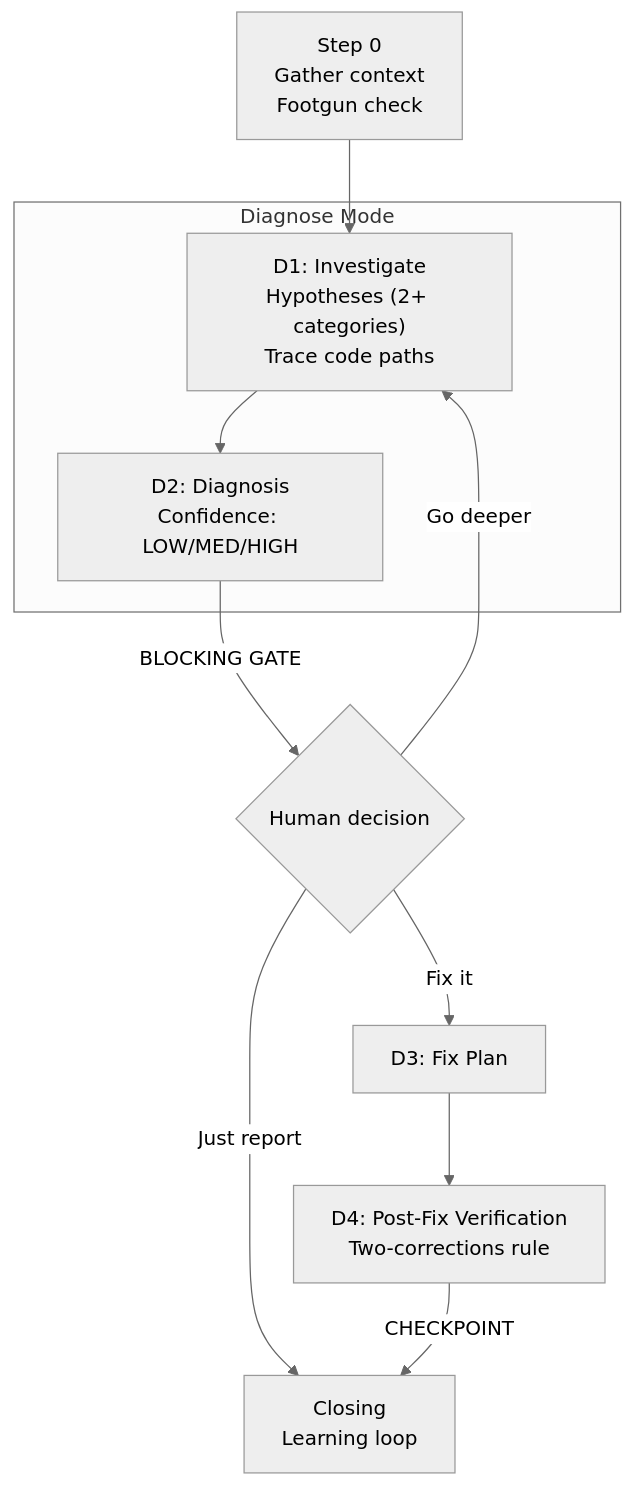
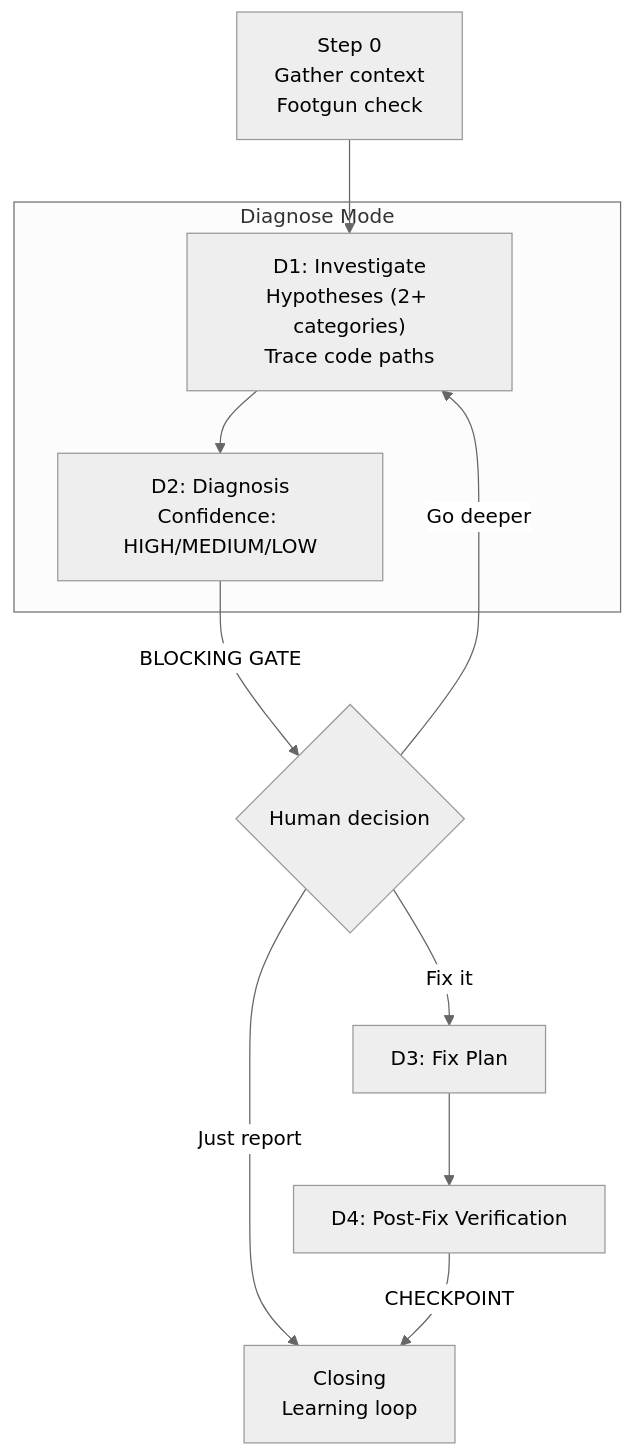
Before and after one commit to runchr-org/goat-flow: the first of 2 diagrams in docs/skills/goat-debug.md, drawn with Mermaid (neutral theme). The commit also changed other lines of this file and 9 other files, not shown here.

````diff
--- a/docs/skills/goat-debug.md
+++ b/docs/skills/goat-debug.md
@@ -15,16 +14,16 @@
 ```mermaid
 flowchart TD
     S0["Step 0\nGather context\nFootgun check"] --> D1
 
     subgraph Diagnose["Diagnose Mode"]
         D1["D1: Investigate\nHypotheses (2+ categories)\nTrace code paths"] --> D2
-        D2["D2: Diagnosis\nConfidence: LOW/MED/HIGH"]
+        D2["D2: Diagnosis\nConfidence: HIGH/MEDIUM/LOW"]
     end
 
     D2 -->|"BLOCKING GATE"| Decision{Human decision}
     Decision -->|"Fix it"| D3["D3: Fix Plan"]
     Decision -->|"Go deeper"| D1
     Decision -->|"Just report"| Close
-    D3 --> D4["D4: Post-Fix Verification\nTwo-corrections rule"]
+    D3 --> D4["D4: Post-Fix Verification"]
     D4 -->|"CHECKPOINT"| Close["Closing\nLearning loop"]
 ```
````
